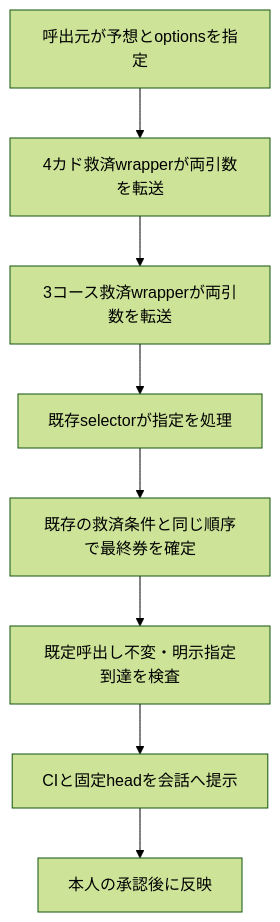
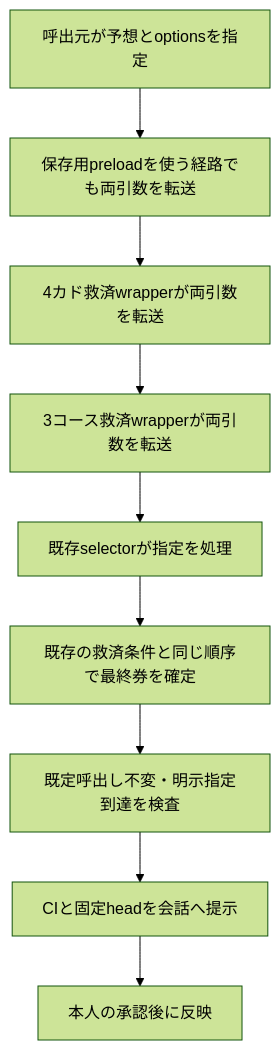
Before and after one commit to takechanman12250711-oss/chappy-boatrace-ai: the diagram in docs/practical-selector-options.md, drawn with Mermaid (forest theme). The commit also changed other lines of this file and 3 other files, not shown here.

````diff
--- a/docs/practical-selector-options.md
+++ b/docs/practical-selector-options.md
@@ -5,10 +5,11 @@
 ```mermaid
 flowchart TD
-  A[呼出元が予想とoptionsを指定] --> B[4カド救済wrapperが両引数を転送]
+  A[呼出元が予想とoptionsを指定] --> P[保存用preloadを使う経路でも両引数を転送]
+  P --> B[4カド救済wrapperが両引数を転送]
   B --> C[3コース救済wrapperが両引数を転送]
   C --> D[既存selectorが指定を処理]
   D --> E[既存の救済条件と同じ順序で最終券を確定]
   E --> F[既定呼出し不変・明示指定到達を検査]
   F --> G[CIと固定headを会話へ提示]
   G --> H[本人の承認後に反映]
 ```
````
